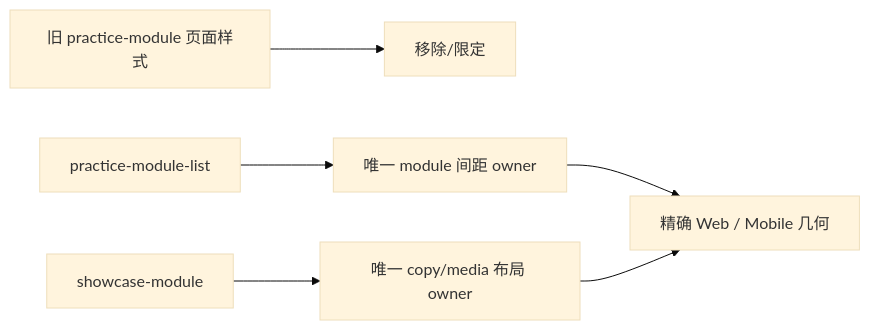
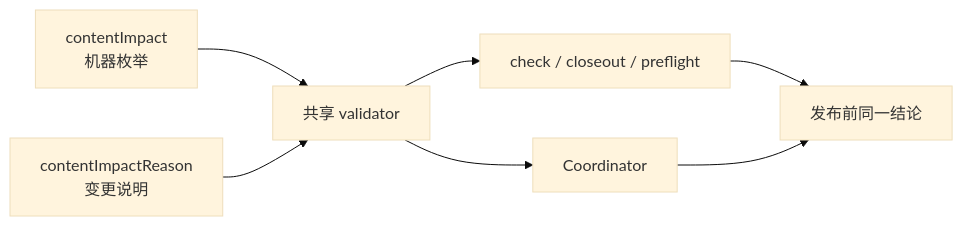
One commit to Chizheng4/xingbuild changed the diagram in docs/iterations/current.md. Above: the diagram before and after it, drawn with Mermaid (base theme). The commit also changed other lines of this file and 11 other files, not shown here.

````diff
--- a/docs/iterations/current.md
+++ b/docs/iterations/current.md
@@ -17,8 +17,9 @@
 ```mermaid
 flowchart LR
-    A["旧 practice-module 页面样式"] --> X["移除/限定"]
-    B["practice-module-list"] --> C["唯一 module 间距 owner"]
-    D["showcase-module"] --> E["唯一 copy/media 布局 owner"]
-    C --> F["精确 Web / Mobile 几何"]
-    E --> F
+    A["contentImpact\n机器枚举"] --> V["共享 validator"]
+    B["contentImpactReason\n变更说明"] --> V
+    V --> C["check / closeout / preflight"]
+    V --> D["Coordinator"]
+    C --> E["发布前同一结论"]
+    D --> E
 ```
````
